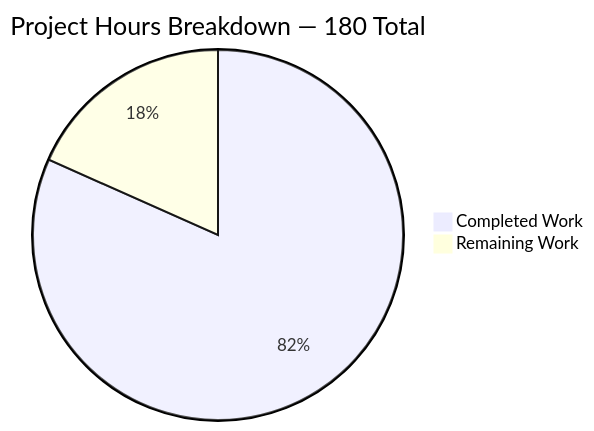
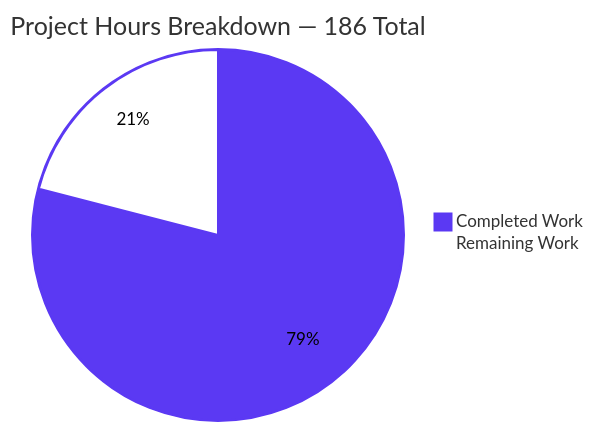
One commit to Tzadiko/monero changed the second of 4 diagrams in blitzy/documentation/Project Guide.md. Above: the diagram before and after it, drawn with Mermaid. The commit also changed other lines of this file and 5 other files, not shown here.

````diff
--- a/blitzy/documentation/Project Guide.md
+++ b/blitzy/documentation/Project Guide.md
@@ -1611,5 +1641,6 @@
 ```mermaid
-pie title Project Hours Breakdown — 180 Total
+%%{init: {"theme": "base", "themeVariables": {"pie1": "#5B39F3", "pie2": "#FFFFFF", "pieOpacity": "1", "pieStrokeColor": "#5B39F3", "pieOuterStrokeColor": "#5B39F3", "pieSectionTextColor": "#000000"}}}%%
+pie title Project Hours Breakdown — 186 Total
     "Completed Work" : 147
-    "Remaining Work" : 33
+    "Remaining Work" : 39
 ```
````
